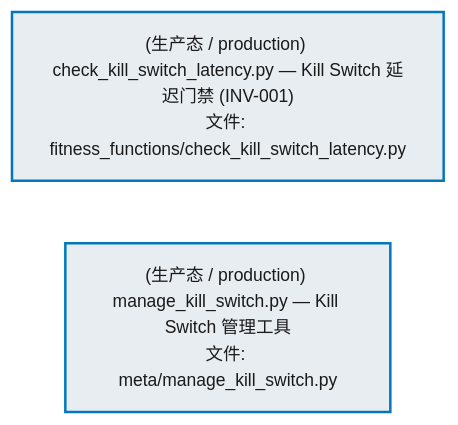
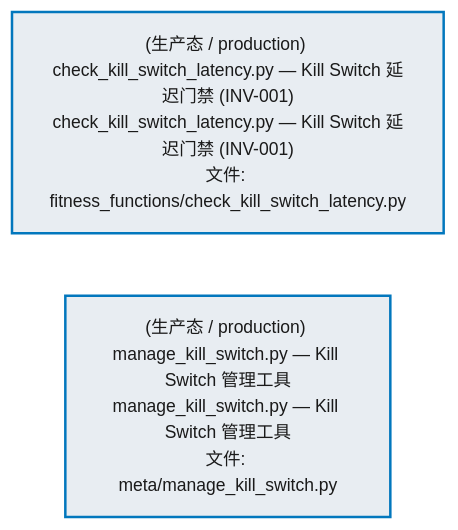
One commit to xuanFelixVan/ZephyrAlpha changed the second of 2 diagrams in docs/02_enterprise_architecture/02_domain_architecture_docs/34_d_autonomy_perm.md. Above: the diagram before and after it, drawn with Mermaid. The commit also changed other lines of this file and 80 other files, not shown here.

````diff
--- a/docs/02_enterprise_architecture/02_domain_architecture_docs/34_d_autonomy_perm.md
+++ b/docs/02_enterprise_architecture/02_domain_architecture_docs/34_d_autonomy_perm.md
@@ -79,12 +81,12 @@
 ```mermaid
 %%{init: {'theme': 'base', 'themeVariables': {'primaryColor': '#eaeaea', 'primaryTextColor': '#333333', 'primaryBorderColor': '#666666', 'lineColor': '#666666', 'secondaryColor': '#eaeaea', 'tertiaryColor': '#eaeaea', 'fontSize': '14px'}}}%%
 flowchart TD
-    scripts_arch_guard_fitness_functions_check_kill_switch_latency_py["(生产态 / production) check_kill_switch_latency.py — Kill Switch 延迟门禁 (INV-001)<br/>文件: fitness_functions/check_kill_switch_latency.py"]
-    scripts_governance_meta_manage_kill_switch_py["(生产态 / production) manage_kill_switch.py — Kill Switch 管理工具<br/>文件: meta/manage_kill_switch.py"]
+    scripts_arch_guard_fitness_functions_check_kill_switch_latency_py["(生产态 / production) check_kill_switch_latency.py — Kill Switch 延迟门禁 (INV-001)<br/>check_kill_switch_latency.py — Kill Switch 延迟门禁 (INV-001)<br/>文件: fitness_functions/check_kill_switch_latency.py"]
+    scripts_governance_meta_manage_kill_switch_py["(生产态 / production) manage_kill_switch.py — Kill Switch 管理工具<br/>manage_kill_switch.py — Kill Switch 管理工具<br/>文件: meta/manage_kill_switch.py"]
     scripts_arch_guard_fitness_functions_check_kill_switch_latency_py ~~~ scripts_governance_meta_manage_kill_switch_py
     classDef production fill:#e8edf2,stroke:#0277bd,stroke-width:2px,color:#1a1a1a
     classDef design fill:#f0ebe3,stroke:#bf360c,stroke-width:2px,color:#1a1a1a,stroke-dasharray: 5 5
     classDef external_prod fill:#e8efe9,stroke:#1b5e20,stroke-width:1px,color:#1a1a1a
     classDef external_design fill:#efe5ea,stroke:#880e4f,stroke-width:1px,color:#1a1a1a,stroke-dasharray: 5 5
     class scripts_arch_guard_fitness_functions_check_kill_switch_latency_py,scripts_governance_meta_manage_kill_switch_py production
 ```
````
